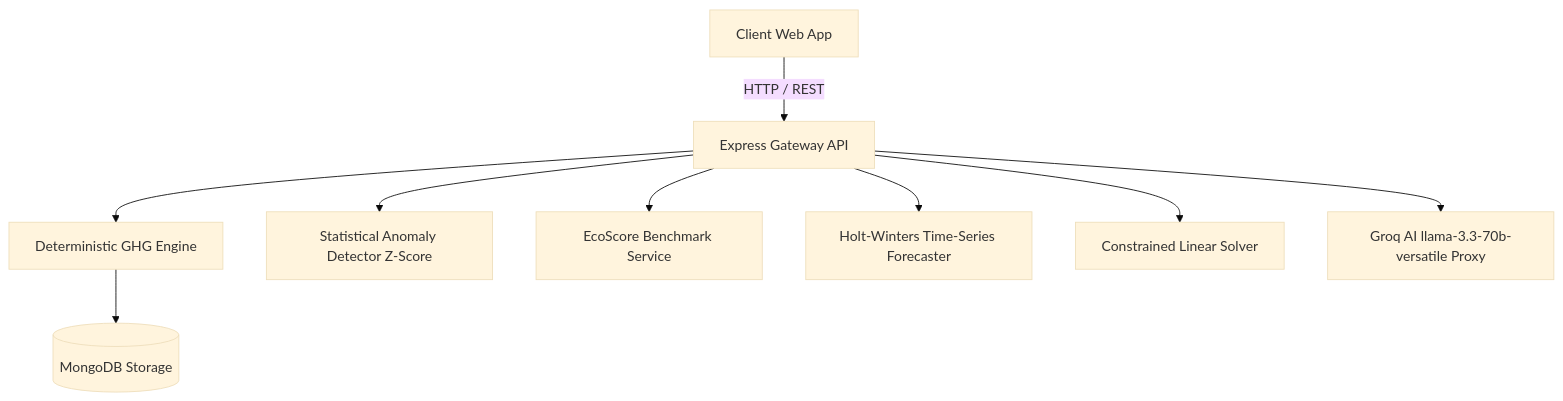
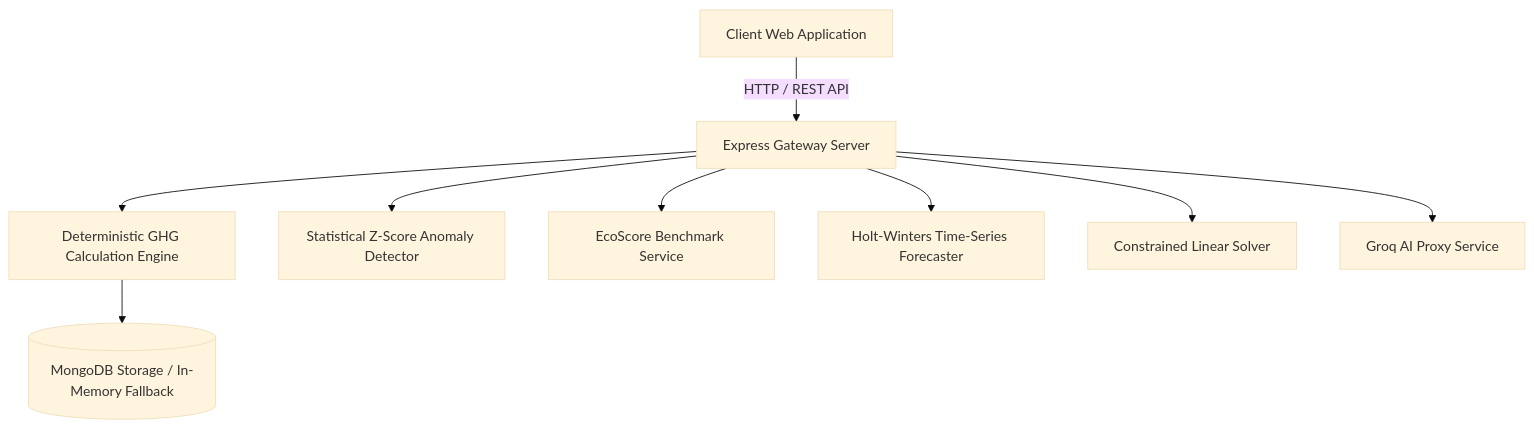
One commit to Dhruvg334/Carbonly changed the diagram in README.md. Above: the diagram before and after it, drawn with Mermaid (base theme). The commit also changed other lines of this file and 4 other files, not shown here.

````diff
--- a/README.md
+++ b/README.md
@@ -16,11 +18,11 @@
 ```mermaid
 graph TD
-    A[Client Web App] -->|HTTP / REST| B[Express Gateway API]
-    B --> C[Deterministic GHG Engine]
-    B --> D[Statistical Anomaly Detector Z-Score]
+    A[Client Web Application] -->|HTTP / REST API| B[Express Gateway Server]
+    B --> C[Deterministic GHG Calculation Engine]
+    B --> D[Statistical Z-Score Anomaly Detector]
     B --> E[EcoScore Benchmark Service]
     B --> F[Holt-Winters Time-Series Forecaster]
     B --> G[Constrained Linear Solver]
-    B --> H[Groq AI llama-3.3-70b-versatile Proxy]
-    C --> I[(MongoDB Storage)]
+    B --> H[Groq AI Proxy Service]
+    C --> I[(MongoDB Storage / In-Memory Fallback)]
 ```
````
